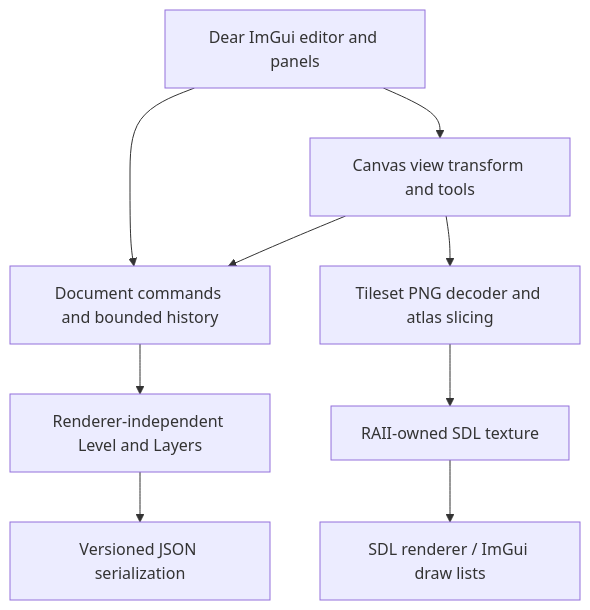
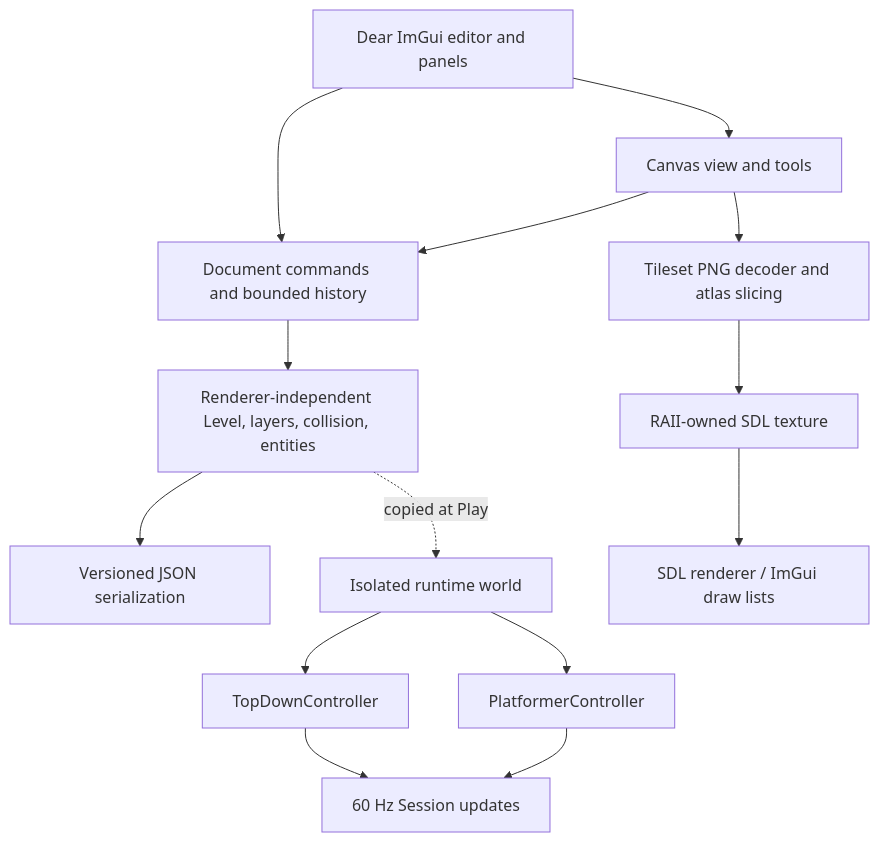
Before and after one commit to badmrfrosty313/PixelForge: the diagram in README.md, drawn with Mermaid. The commit also changed other lines of this file and 7 other files, not shown here.

````diff
--- a/README.md
+++ b/README.md
@@ -72,11 +74,16 @@
 ```mermaid
 flowchart TD
     UI[Dear ImGui editor and panels] --> DOC[Document commands and bounded history]
-    DOC --> LEVEL[Renderer-independent Level and Layers]
+    DOC --> LEVEL[Renderer-independent Level, layers, collision, entities]
     LEVEL --> JSON[Versioned JSON serialization]
-    UI --> CANVAS[Canvas view transform and tools]
+    UI --> CANVAS[Canvas view and tools]
     CANVAS --> DOC
     CANVAS --> ATLAS[Tileset PNG decoder and atlas slicing]
     ATLAS --> TEX[RAII-owned SDL texture]
     TEX --> DRAW[SDL renderer / ImGui draw lists]
+    LEVEL -. copied at Play .-> RUNTIME[Isolated runtime world]
+    RUNTIME --> TOPDOWN[TopDownController]
+    RUNTIME --> PLATFORMER[PlatformerController]
+    TOPDOWN --> FIXED[60 Hz Session updates]
+    PLATFORMER --> FIXED
 ```
````
